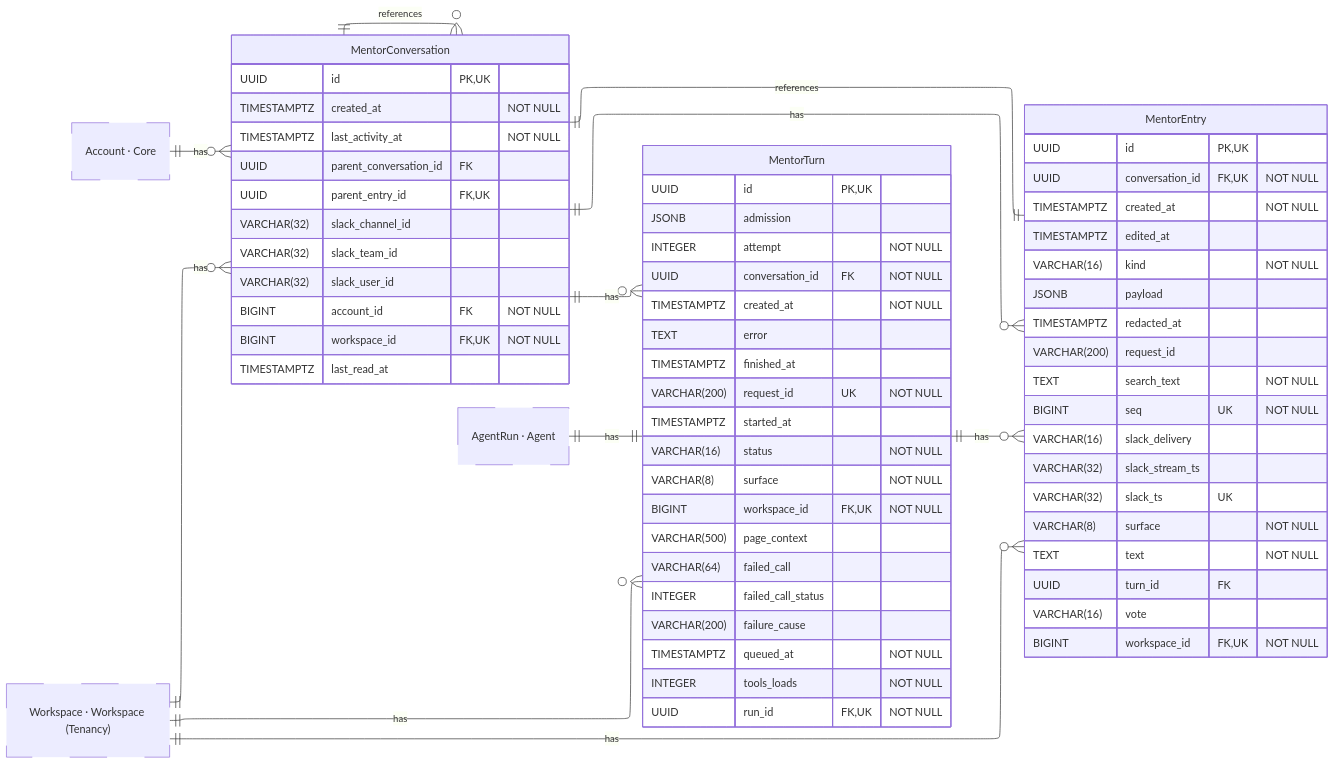
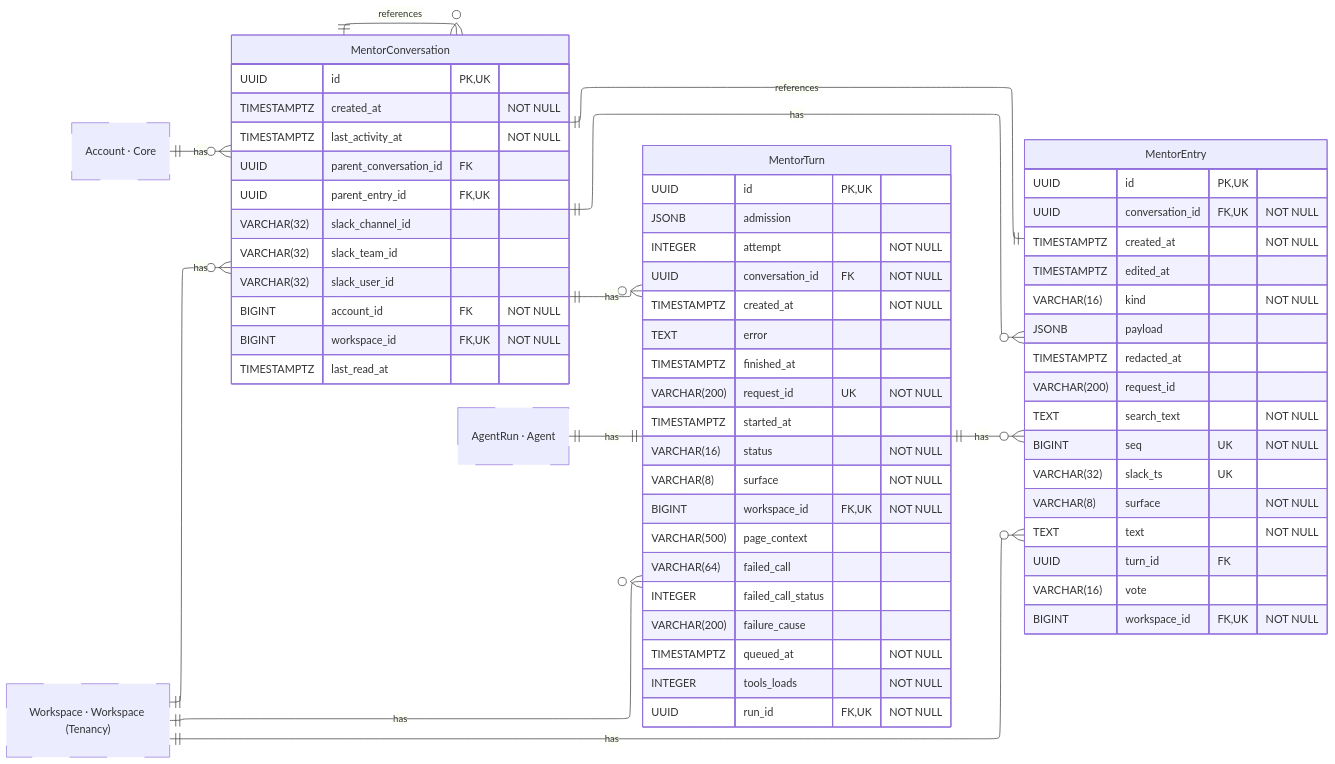
The diagram in docs/contributor/erd/mentor.mmd (hephaestus-build/Hephaestus), drawn with Mermaid before and after one commit. The commit also changed 53 other files, not shown here.

```diff
--- a/docs/contributor/erd/mentor.mmd
+++ b/docs/contributor/erd/mentor.mmd
@@ -1,96 +1,94 @@
 ---
 config:
     layout: elk
 ---
 erDiagram
     %% Generated automatically from PostgreSQL database schema
     %% using scripts/generate-mermaid-erd.ts
     %% To regenerate: vp run db:generate-erd-docs
 
     direction LR
 
     MentorConversation {
         UUID id PK,UK
         TIMESTAMPTZ created_at "NOT NULL"
         TIMESTAMPTZ last_activity_at "NOT NULL"
         UUID parent_conversation_id FK
         UUID parent_entry_id FK,UK
         VARCHAR(32) slack_channel_id
         VARCHAR(32) slack_team_id
         VARCHAR(32) slack_user_id
         BIGINT account_id FK "NOT NULL"
         BIGINT workspace_id FK,UK "NOT NULL"
         TIMESTAMPTZ last_read_at
     }
 
     MentorEntry {
         UUID id PK,UK
         UUID conversation_id FK,UK "NOT NULL"
         TIMESTAMPTZ created_at "NOT NULL"
         TIMESTAMPTZ edited_at
         VARCHAR(16) kind "NOT NULL"
         JSONB payload
         TIMESTAMPTZ redacted_at
         VARCHAR(200) request_id
         TEXT search_text "NOT NULL"
         BIGINT seq UK "NOT NULL"
-        VARCHAR(16) slack_delivery
-        VARCHAR(32) slack_stream_ts
         VARCHAR(32) slack_ts UK
         VARCHAR(8) surface "NOT NULL"
         TEXT text "NOT NULL"
         UUID turn_id FK
         VARCHAR(16) vote
         BIGINT workspace_id FK,UK "NOT NULL"
     }
 
     MentorTurn {
         UUID id PK,UK
         JSONB admission
         INTEGER attempt "NOT NULL"
         UUID conversation_id FK "NOT NULL"
         TIMESTAMPTZ created_at "NOT NULL"
         TEXT error
         TIMESTAMPTZ finished_at
         VARCHAR(200) request_id UK "NOT NULL"
         TIMESTAMPTZ started_at
         VARCHAR(16) status "NOT NULL"
         VARCHAR(8) surface "NOT NULL"
         BIGINT workspace_id FK,UK "NOT NULL"
         VARCHAR(500) page_context
         VARCHAR(64) failed_call
         INTEGER failed_call_status
         VARCHAR(200) failure_cause
         TIMESTAMPTZ queued_at "NOT NULL"
         INTEGER tools_loads "NOT NULL"
         UUID run_id FK,UK "NOT NULL"
     }
 
     Account["Account · Core"]
     AgentRun["AgentRun · Agent"]
     Workspace["Workspace · Workspace (Tenancy)"]
 
     %% Relationships
     %% One-to-One relationships
     MentorEntry ||--|| MentorConversation : references
     AgentRun ||--|| MentorTurn : has
 
     %% One-to-Many relationships
     Account ||--o{ MentorConversation : has
     MentorConversation ||--o{ MentorConversation : references
     Workspace ||--o{ MentorConversation : has
     MentorConversation ||--o{ MentorEntry : has
     MentorTurn ||--o{ MentorEntry : has
     Workspace ||--o{ MentorEntry : has
     MentorConversation ||--o{ MentorTurn : has
     Workspace ||--o{ MentorTurn : has
 
     %% Styling
     classDef primaryEntity stroke:#0288d1,stroke-width:2px
     classDef associationEntity stroke:#8e24aa,stroke-width:2px
     classDef metadataEntity stroke:#43a047,stroke-width:2px
     classDef referenceEntity stroke-dasharray:5 5
 
     class Account referenceEntity
     class AgentRun referenceEntity
     class Workspace referenceEntity
```
